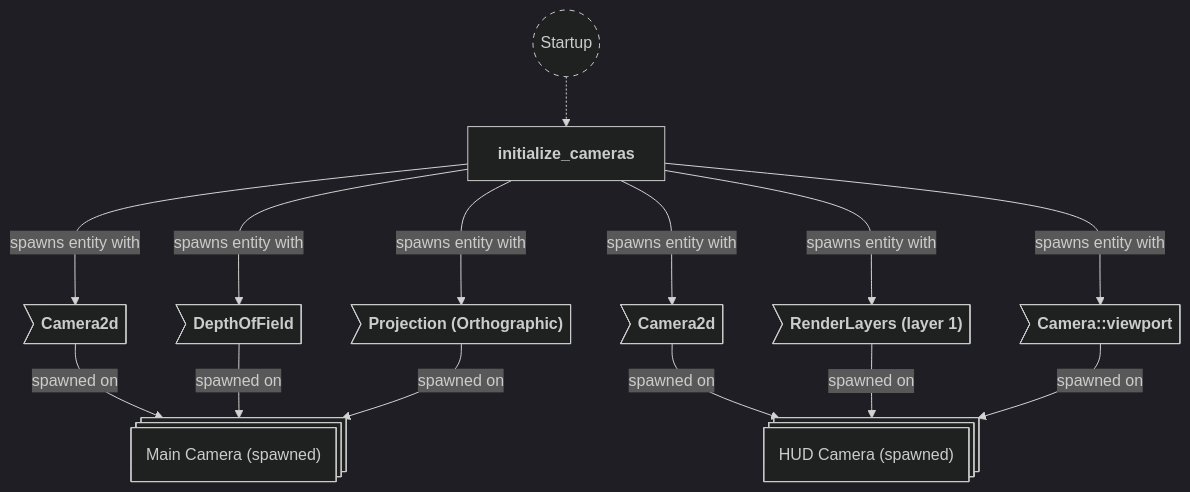
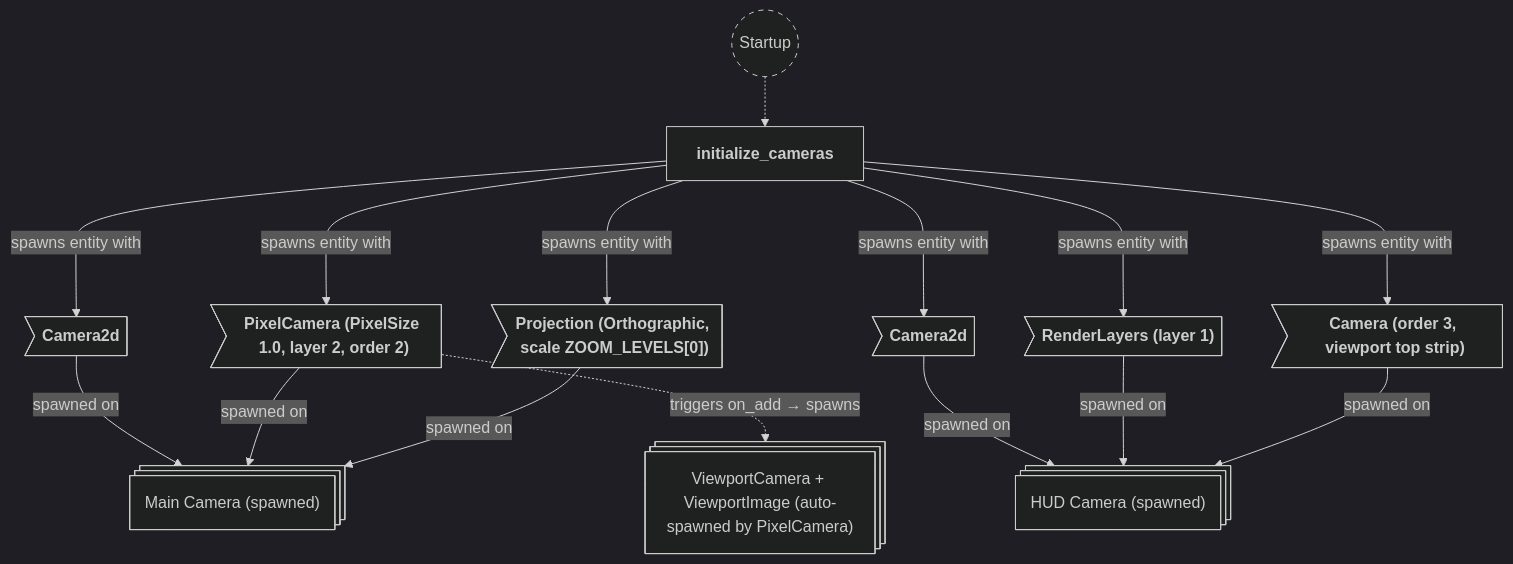
One commit to neurosoup/tyled changed the eighth of 8 diagrams in backlog/docs/doc-6 - 005-Camera-plugin.md. Above: the diagram before and after it, drawn with Mermaid. The commit also changed other lines of this file and 8 other files, not shown here.

First line of the commit message:
Camera: smooth zoom lerp between pixel-perfect levels; update docs

````diff
--- a/backlog/docs/doc-6 - 005-Camera-plugin.md
+++ b/backlog/docs/doc-6 - 005-Camera-plugin.md
@@ -277,40 +289,42 @@
 ```mermaid
 ---
 config:
   theme: dark
 ---
 
 flowchart TD
 classDef system-group stroke-dasharray: 5 5
 
 startup(("`Startup`")):::system-group
 initialize_cameras["`**initialize_cameras**`"]
 
 startup -.-> initialize_cameras
 
 main_camera_entity@{ shape: st-rect, label: "Main Camera (spawned)" }
+viewport_camera_entity@{ shape: st-rect, label: "ViewportCamera + ViewportImage (auto-spawned by PixelCamera)" }
 hud_camera_entity@{ shape: st-rect, label: "HUD Camera (spawned)" }
 
 mc_camera2d>"`**Camera2d**`"]
-mc_depth_of_field>"`**DepthOfField**`"]
-mc_projection>"`**Projection (Orthographic)**`"]
+mc_pixel_camera>"`**PixelCamera (PixelSize 1.0, layer 2, order 2)**`"]
+mc_projection>"`**Projection (Orthographic, scale ZOOM_LEVELS[0])**`"]
 
 hc_camera2d>"`**Camera2d**`"]
 hc_render_layers>"`**RenderLayers (layer 1)**`"]
-hc_viewport>"`**Camera::viewport**`"]
+hc_camera>"`**Camera (order 3, viewport top strip)**`"]
 
 mc_camera2d --> |spawned on| main_camera_entity
-mc_depth_of_field --> |spawned on| main_camera_entity
+mc_pixel_camera --> |spawned on| main_camera_entity
 mc_projection --> |spawned on| main_camera_entity
+mc_pixel_camera -.-> |triggers on_add → spawns| viewport_camera_entity
 
 hc_camera2d --> |spawned on| hud_camera_entity
 hc_render_layers --> |spawned on| hud_camera_entity
-hc_viewport --> |spawned on| hud_camera_entity
+hc_camera --> |spawned on| hud_camera_entity
 
 initialize_cameras ---> |spawns entity with| mc_camera2d
-initialize_cameras ---> |spawns entity with| mc_depth_of_field
+initialize_cameras ---> |spawns entity with| mc_pixel_camera
 initialize_cameras ---> |spawns entity with| mc_projection
 initialize_cameras ---> |spawns entity with| hc_camera2d
 initialize_cameras ---> |spawns entity with| hc_render_layers
-initialize_cameras ---> |spawns entity with| hc_viewport
+initialize_cameras ---> |spawns entity with| hc_camera
 ```
````
